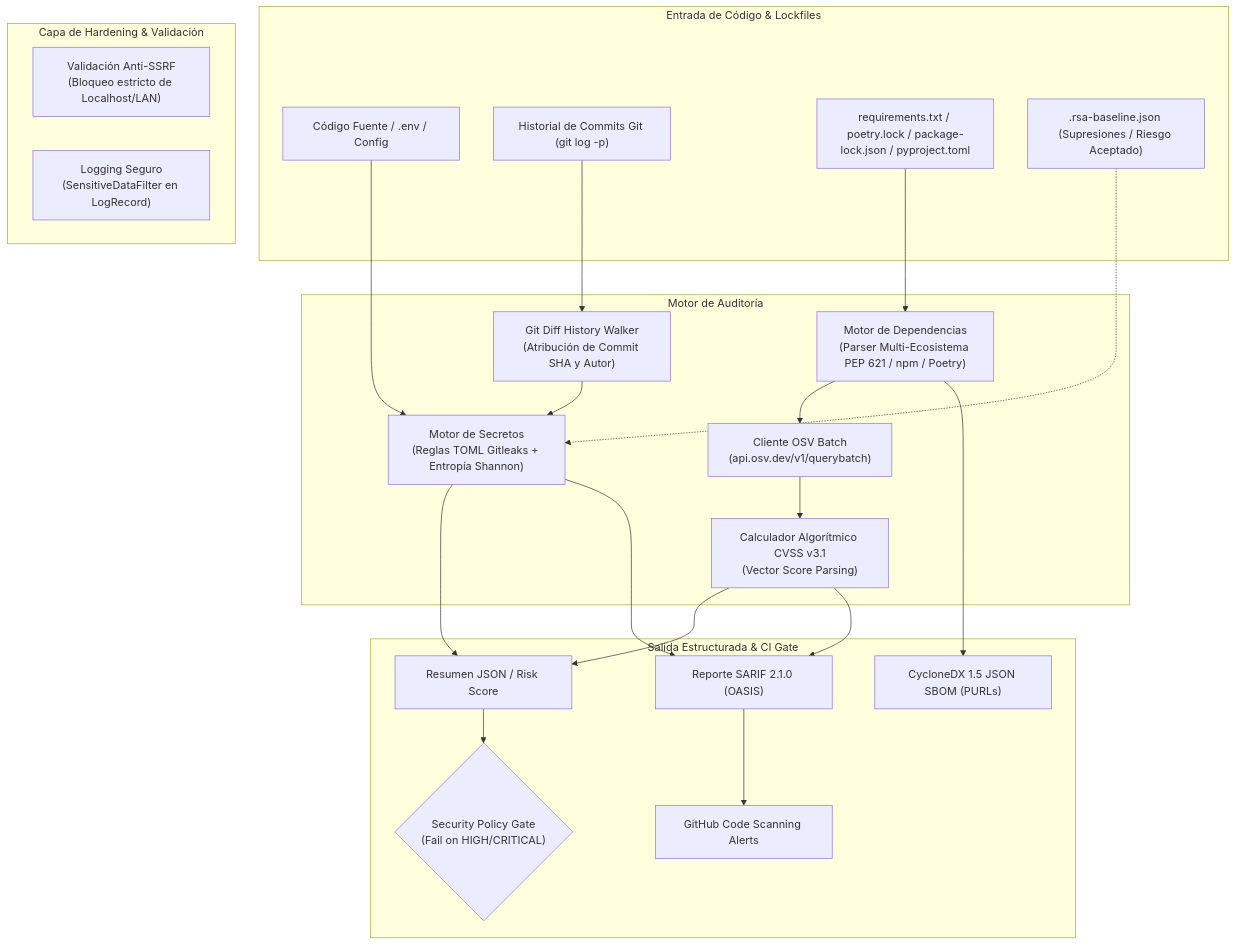
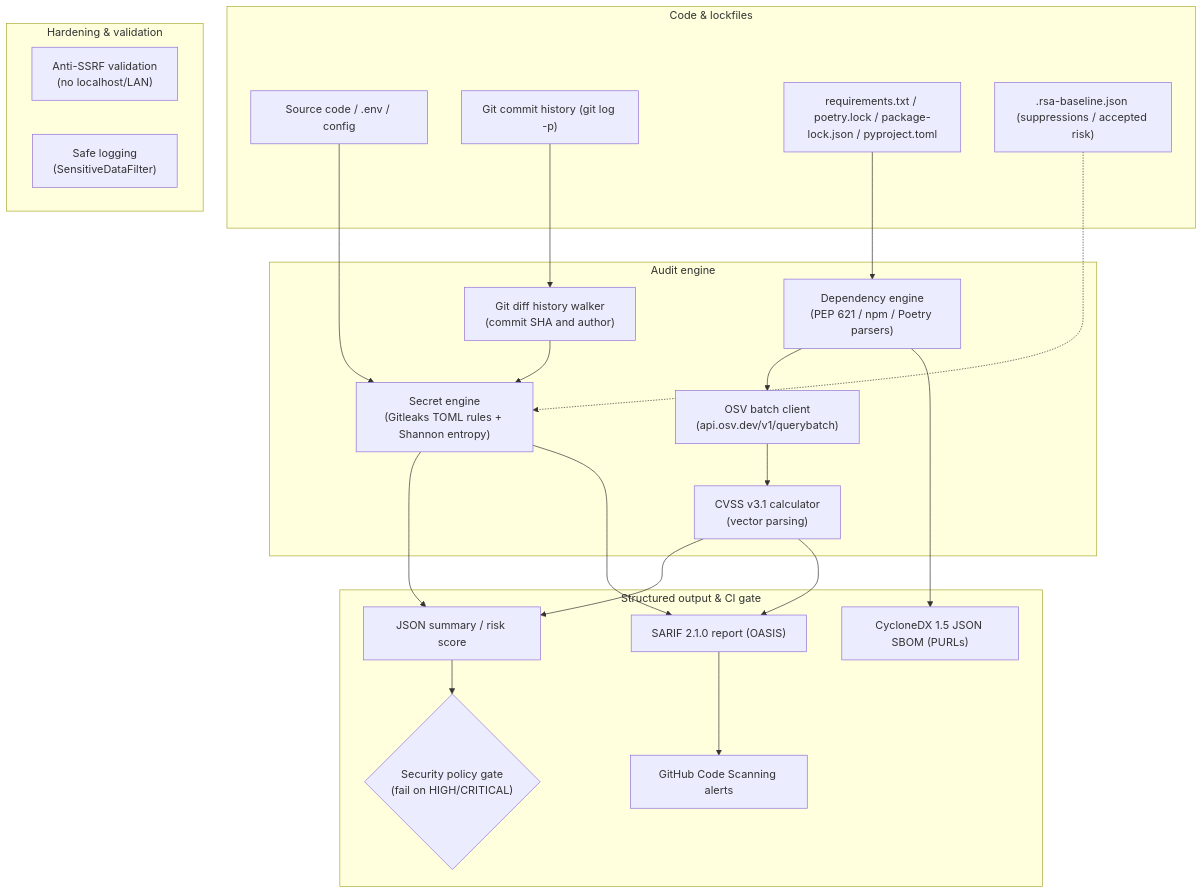
The diagram in README.md (h3n-x/repo-secret-auditor), drawn with Mermaid before and after one commit. The commit also changed other lines of this file and 2 other files, not shown here.

````diff
--- a/README.md
+++ b/README.md
@@ -17,45 +85,37 @@
 ```mermaid
 flowchart TD
-    subgraph Input["Entrada de Código & Lockfiles"]
-        SRC["Código Fuente / .env / Config"]
-        HIST["Historial de Commits Git (git log -p)"]
+    subgraph Input["Code & lockfiles"]
+        SRC["Source code / .env / config"]
+        HIST["Git commit history (git log -p)"]
         LOCK["requirements.txt / poetry.lock / package-lock.json / pyproject.toml"]
-        BASE[".rsa-baseline.json (Supresiones / Riesgo Aceptado)"]
+        BASE[".rsa-baseline.json (suppressions / accepted risk)"]
     end
-
-    subgraph CoreEngine["Motor de Auditoría"]
-        SEC["Motor de Secretos<br/>(Reglas TOML Gitleaks + Entropía Shannon)"]
-        GWALK["Git Diff History Walker<br/>(Atribución de Commit SHA y Autor)"]
-        DEP["Motor de Dependencias<br/>(Parser Multi-Ecosistema PEP 621 / npm / Poetry)"]
-        OSV["Cliente OSV Batch<br/>(api.osv.dev/v1/querybatch)"]
-        CVSS["Calculador Algorítmico CVSS v3.1<br/>(Vector Score Parsing)"]
+    subgraph CoreEngine["Audit engine"]
+        SEC["Secret engine<br/>(Gitleaks TOML rules + Shannon entropy)"]
+        GWALK["Git diff history walker<br/>(commit SHA and author)"]
+        DEP["Dependency engine<br/>(PEP 621 / npm / Poetry parsers)"]
+        OSV["OSV batch client<br/>(api.osv.dev/v1/querybatch)"]
+        CVSS["CVSS v3.1 calculator<br/>(vector parsing)"]
     end
-
-    subgraph SecurityShield["Capa de Hardening & Validación"]
-        VAL["Validación Anti-SSRF<br/>(Bloqueo estricto de Localhost/LAN)"]
-        LOG["Logging Seguro<br/>(SensitiveDataFilter en LogRecord)"]
+    subgraph SecurityShield["Hardening & validation"]
+        VAL["Anti-SSRF validation<br/>(no localhost/LAN)"]
+        LOG["Safe logging<br/>(SensitiveDataFilter)"]
     end
-
-    subgraph Reporting["Salida Estructurada & CI Gate"]
-        SARIF["Reporte SARIF 2.1.0 (OASIS)"]
+    subgraph Reporting["Structured output & CI gate"]
+        SARIF["SARIF 2.1.0 report (OASIS)"]
         SBOM["CycloneDX 1.5 JSON SBOM (PURLs)"]
-        SUM["Resumen JSON / Risk Score"]
-        GH["GitHub Code Scanning Alerts"]
-        GATE{"Security Policy Gate<br/>(Fail on HIGH/CRITICAL)"}
+        SUM["JSON summary / risk score"]
+        GH["GitHub Code Scanning alerts"]
+        GATE{"Security policy gate<br/>(fail on HIGH/CRITICAL)"}
     end
-
     SRC --> SEC
-    HIST --> GWALK
-    GWALK --> SEC
+    HIST --> GWALK --> SEC
     BASE -.-> SEC
-    LOCK --> DEP
-    DEP --> OSV
+    LOCK --> DEP --> OSV --> CVSS --> SUM
     DEP --> SBOM
-    OSV --> CVSS
-    CVSS --> SUM
     SEC --> SUM
     SEC --> SARIF
     CVSS --> SARIF
     SARIF --> GH
     SUM --> GATE
 ```
````
